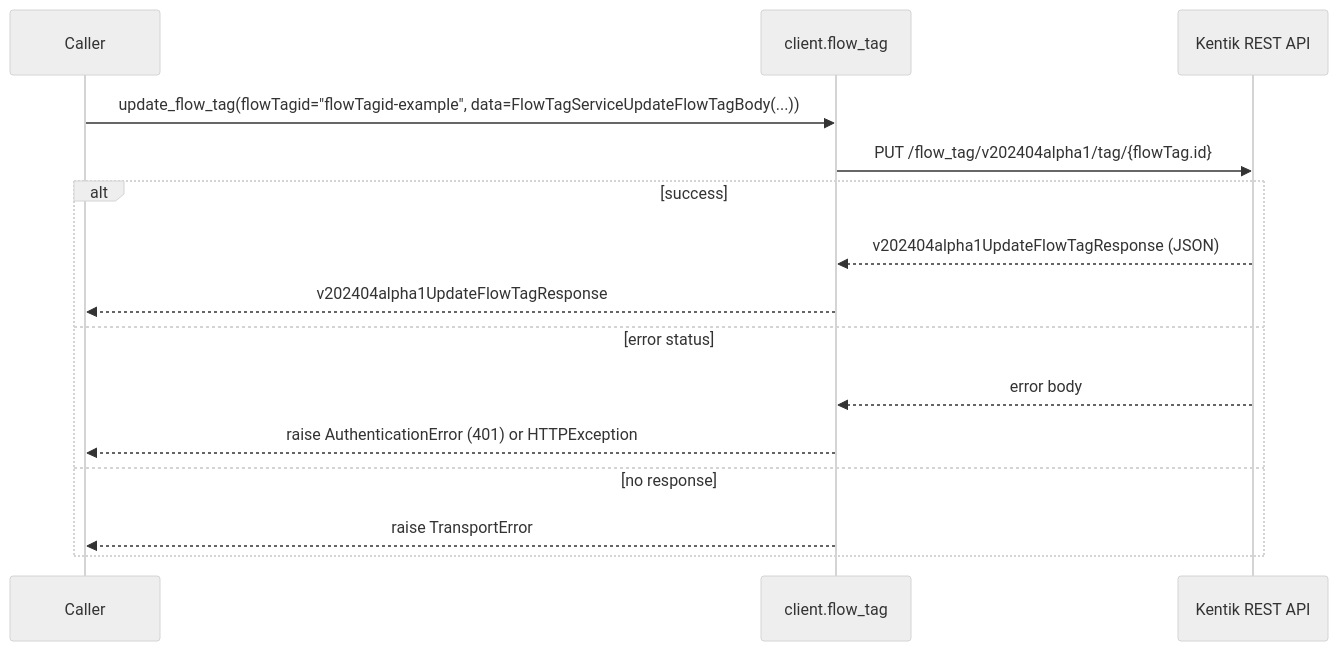
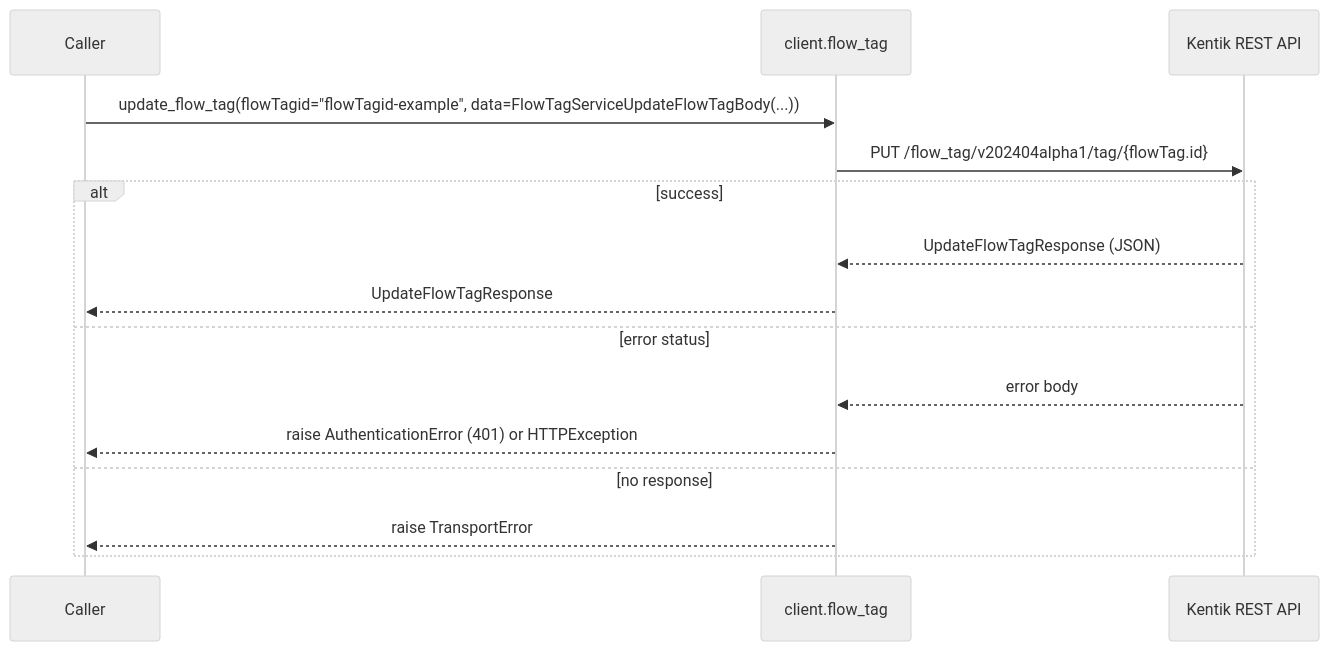
Before and after one commit to alexdearaujo/community_sdk_python: the eighth of 12 diagrams in docs/sphinx/services/flow_tag.md, drawn with Mermaid (neutral theme). The commit also changed other lines of this file and 38 other files, not shown here.

````diff
--- a/docs/sphinx/services/flow_tag.md
+++ b/docs/sphinx/services/flow_tag.md
@@ -268,18 +268,18 @@
 ```mermaid
 sequenceDiagram
     participant C as Caller
     participant W as client.flow_tag
     participant API as Kentik REST API
 
     C->>W: update_flow_tag(flowTagid="flowTagid-example", data=FlowTagServiceUpdateFlowTagBody(...))
     W->>API: PUT /flow_tag/v202404alpha1/tag/{flowTag.id}
     alt success
-        API-->>W: v202404alpha1UpdateFlowTagResponse (JSON)
-        W-->>C: v202404alpha1UpdateFlowTagResponse
+        API-->>W: UpdateFlowTagResponse (JSON)
+        W-->>C: UpdateFlowTagResponse
     else error status
         API-->>W: error body
         W-->>C: raise AuthenticationError (401) or HTTPException
     else no response
         W-->>C: raise TransportError
     end
 ```
````
